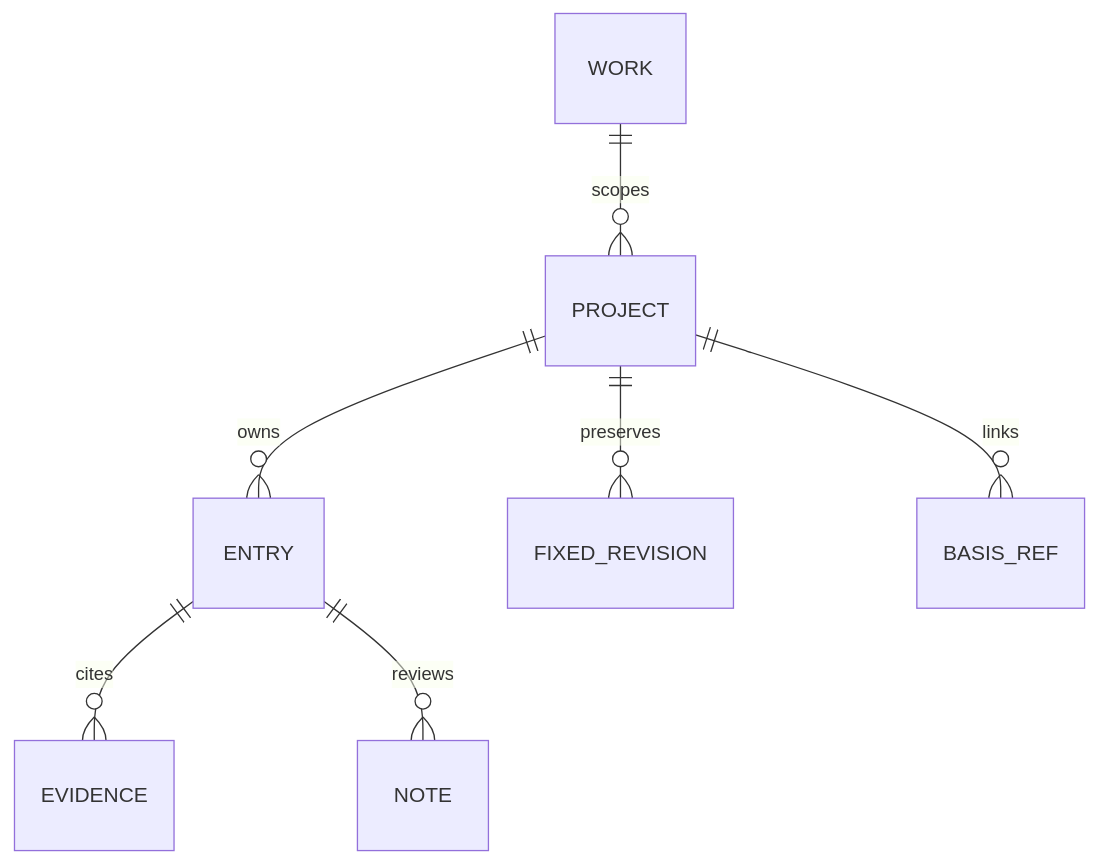
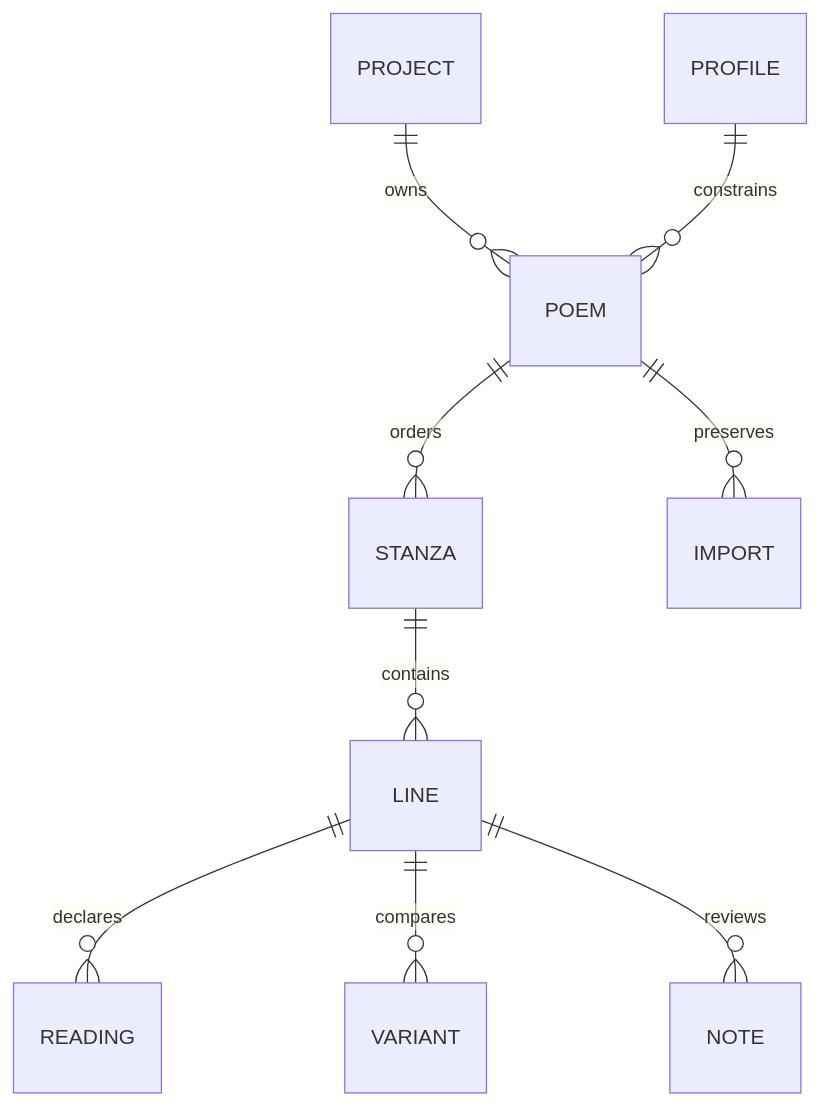
One commit to wordflowlab/hetu-poetry-studio changed the diagram in docs/02-领域与本体设计.md. Above: the diagram before and after it, drawn with Mermaid. The commit also changed 49 other files, not shown here.

````diff
--- a/docs/02-领域与本体设计.md
+++ b/docs/02-领域与本体设计.md
@@ -15,9 +15,11 @@
 ```mermaid
 erDiagram
- WORK ||--o{ PROJECT : scopes
- PROJECT ||--o{ ENTRY : owns
- ENTRY ||--o{ EVIDENCE : cites
- ENTRY ||--o{ NOTE : reviews
- PROJECT ||--o{ FIXED_REVISION : preserves
- PROJECT ||--o{ BASIS_REF : links
+ PROJECT ||--o{ POEM : owns
+ POEM ||--o{ STANZA : orders
+ STANZA ||--o{ LINE : contains
+ PROFILE ||--o{ POEM : constrains
+ LINE ||--o{ READING : declares
+ LINE ||--o{ VARIANT : compares
+ LINE ||--o{ NOTE : reviews
+ POEM ||--o{ IMPORT : preserves
 ```
````
